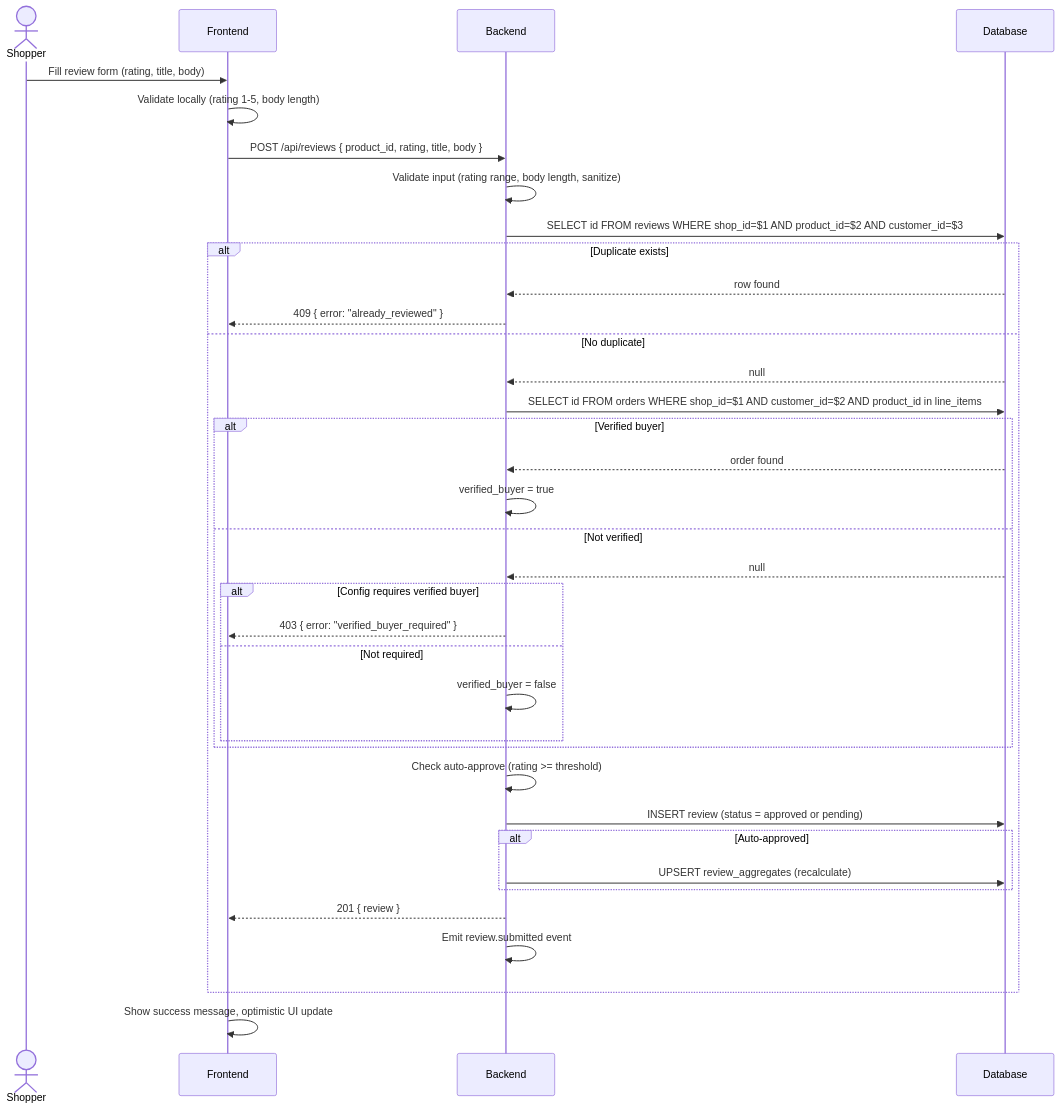
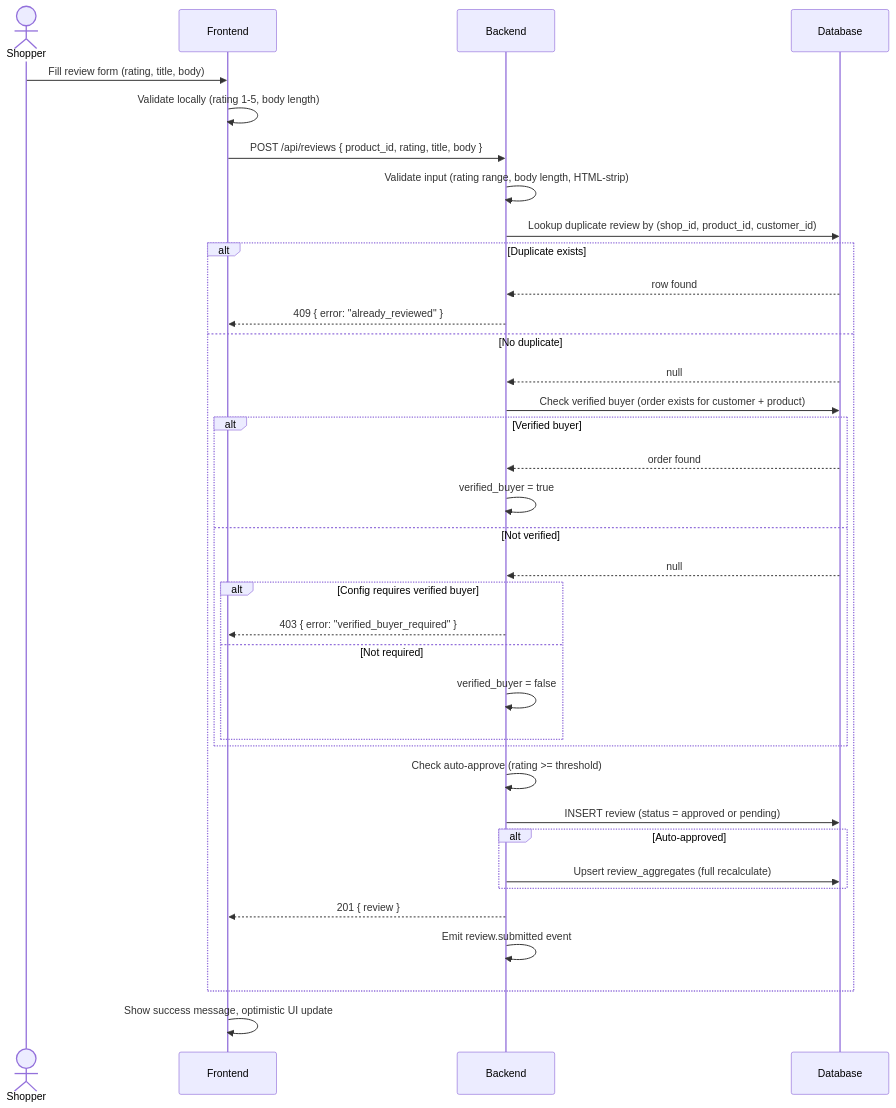
One commit to nguyenvanduocit/primitive-blocks-specs changed the third of 5 diagrams in ugc/product-reviews/README.md. Above: the diagram before and after it, drawn with Mermaid. The commit also changed other lines of this file and 28 other files, not shown here.

````diff
--- a/ugc/product-reviews/README.md
+++ b/ugc/product-reviews/README.md
@@ -216,40 +245,40 @@
 ```mermaid
 sequenceDiagram
     actor S as Shopper
     participant F as Frontend
     participant B as Backend
     participant DB as Database
 
     S->>F: Fill review form (rating, title, body)
     F->>F: Validate locally (rating 1-5, body length)
     F->>B: POST /api/reviews { product_id, rating, title, body }
 
-    B->>B: Validate input (rating range, body length, sanitize)
-    B->>DB: SELECT id FROM reviews WHERE shop_id=$1 AND product_id=$2 AND customer_id=$3
+    B->>B: Validate input (rating range, body length, HTML-strip)
+    B->>DB: Lookup duplicate review by (shop_id, product_id, customer_id)
     alt Duplicate exists
         DB-->>B: row found
         B-->>F: 409 { error: "already_reviewed" }
     else No duplicate
         DB-->>B: null
-        B->>DB: SELECT id FROM orders WHERE shop_id=$1 AND customer_id=$2 AND product_id in line_items
+        B->>DB: Check verified buyer (order exists for customer + product)
         alt Verified buyer
             DB-->>B: order found
             B->>B: verified_buyer = true
         else Not verified
             DB-->>B: null
             alt Config requires verified buyer
                 B-->>F: 403 { error: "verified_buyer_required" }
             else Not required
                 B->>B: verified_buyer = false
             end
         end
         B->>B: Check auto-approve (rating >= threshold)
         B->>DB: INSERT review (status = approved or pending)
         alt Auto-approved
-            B->>DB: UPSERT review_aggregates (recalculate)
+            B->>DB: Upsert review_aggregates (full recalculate)
         end
         B-->>F: 201 { review }
         B->>B: Emit review.submitted event
     end
     F->>F: Show success message, optimistic UI update
 ```
````
